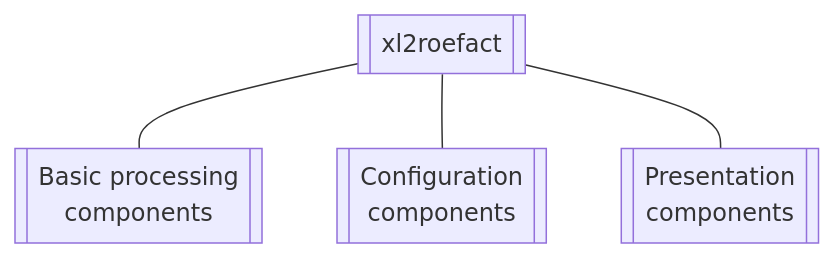
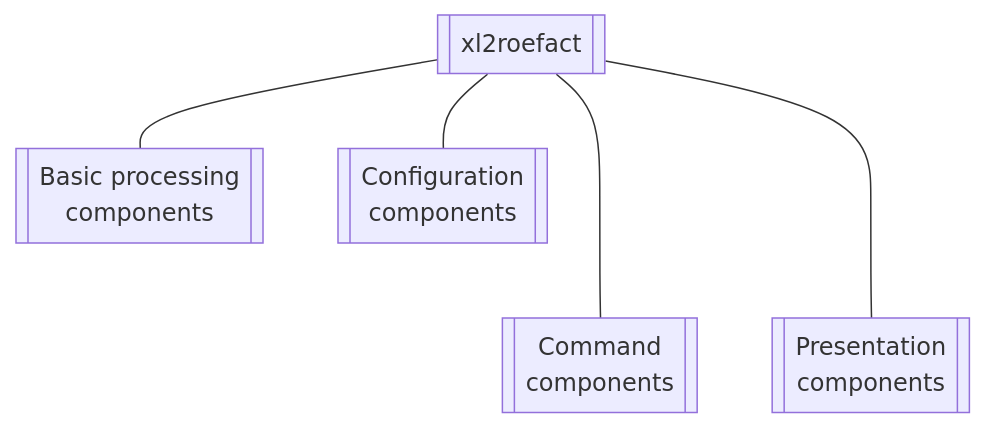
One commit to petre-renware/api_to_roefact changed the diagram in xl2roefact/doc/README_xl2roefact_library.md. Above: the diagram before and after it, drawn with Mermaid. The commit also changed other lines of this file, not shown here.

````diff
--- a/xl2roefact/doc/README_xl2roefact_library.md
+++ b/xl2roefact/doc/README_xl2roefact_library.md
@@ -17,12 +17,14 @@
 ```mermaid
 flowchart TD
     top[[xl2roefact]]
 
     bas[[Basic processing \n components]]
+    cmds[[Command \n components]]
     cfg[[Configuration \n components]]
     present[[Presentation \n components]]
 
     top --- bas
+    top ---- cmds
     top --- cfg
-    top --- present
+    top ---- present
 ```
````
